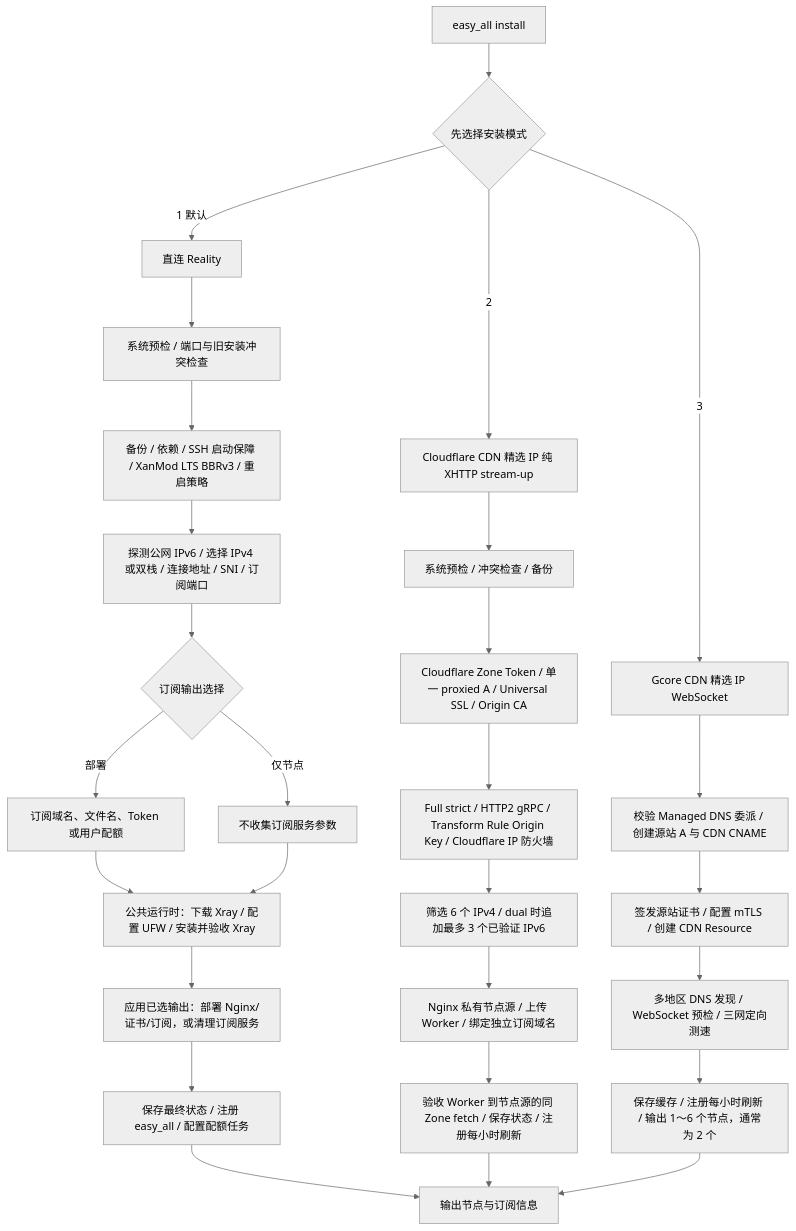
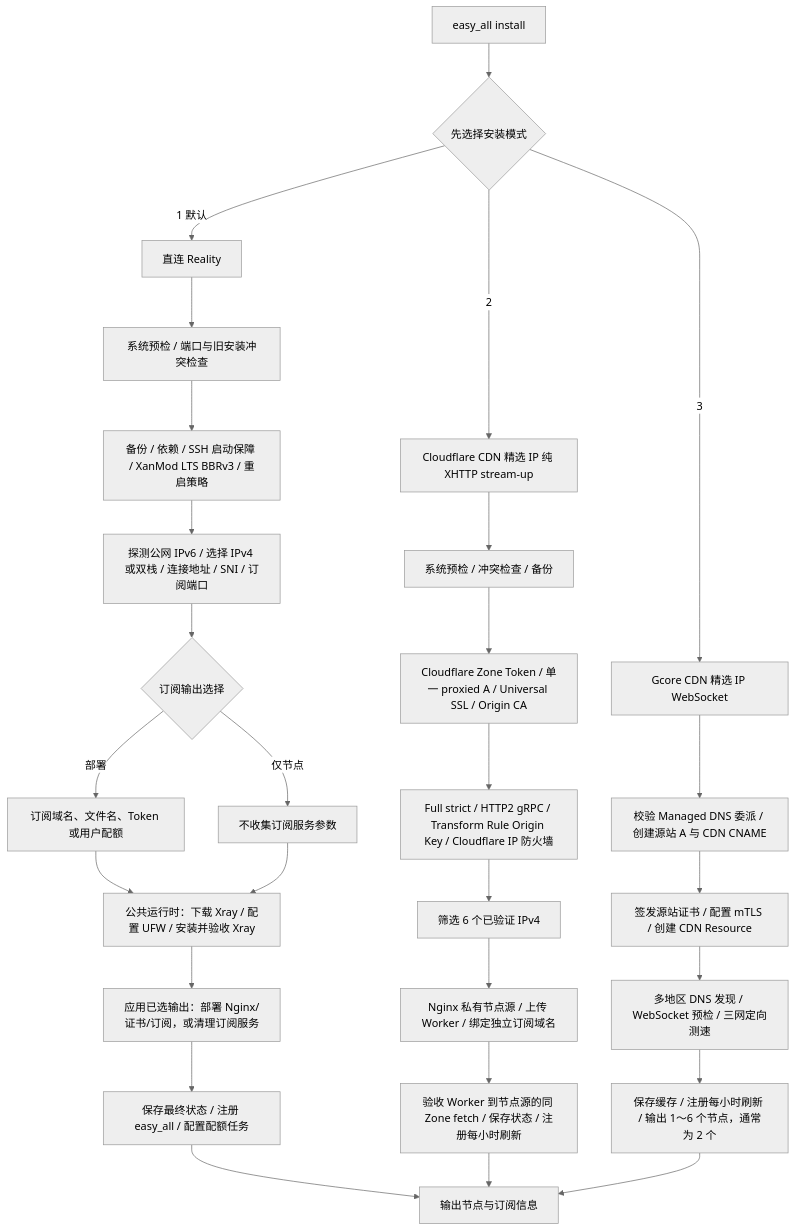
Before and after one commit to v2yiz/easy_all: the diagram in README.md, drawn with Mermaid (neutral theme). The commit also changed other lines of this file and 12 other files, not shown here.

````diff
--- a/README.md
+++ b/README.md
@@ -274,33 +272,33 @@
 ```mermaid
 flowchart TD
     A[easy_all install] --> B{先选择安装模式}
 
     B -->|1 默认| R0[直连 Reality]
     R0 --> R1[系统预检 / 端口与旧安装冲突检查]
     R1 --> R2[备份 / 依赖 / SSH 启动保障 / XanMod LTS BBRv3 / 重启策略]
     R2 --> R3[探测公网 IPv6 / 选择 IPv4 或双栈 / 连接地址 / SNI / 订阅端口]
     R3 --> R4{订阅输出选择}
     R4 -->|部署| R5[订阅域名、文件名、Token 或用户配额]
     R4 -->|仅节点| R6[不收集订阅服务参数]
     R5 --> R7[公共运行时：下载 Xray / 配置 UFW / 安装并验收 Xray]
     R6 --> R7
     R7 --> R8[应用已选输出：部署 Nginx/证书/订阅，或清理订阅服务]
     R8 --> R9[保存最终状态 / 注册 easy_all / 配置配额任务]
     R9 --> Z[输出节点与订阅信息]
 
     B -->|2| C0[Cloudflare CDN 精选 IP 纯 XHTTP stream-up]
     C0 --> C1[系统预检 / 冲突检查 / 备份]
     C1 --> C2[Cloudflare Zone Token / 单一 proxied A / Universal SSL / Origin CA]
     C2 --> C3[Full strict / HTTP2 gRPC / Transform Rule Origin Key / Cloudflare IP 防火墙]
-    C3 --> C4[筛选 6 个 IPv4 / dual 时追加最多 3 个已验证 IPv6]
+    C3 --> C4[筛选 6 个已验证 IPv4]
     C4 --> C5[Nginx 私有节点源 / 上传 Worker / 绑定独立订阅域名]
     C5 --> C6[验收 Worker 到节点源的同 Zone fetch / 保存状态 / 注册每小时刷新]
     C6 --> Z
 
     B -->|3| G0[Gcore CDN 精选 IP WebSocket]
     G0 --> G1[校验 Managed DNS 委派 / 创建源站 A 与 CDN CNAME]
     G1 --> G2[签发源站证书 / 配置 mTLS / 创建 CDN Resource]
     G2 --> G3[多地区 DNS 发现 / WebSocket 预检 / 三网定向测速]
     G3 --> G4[保存缓存 / 注册每小时刷新 / 输出 1～6 个节点，通常为 2 个]
     G4 --> Z
 ```
````
